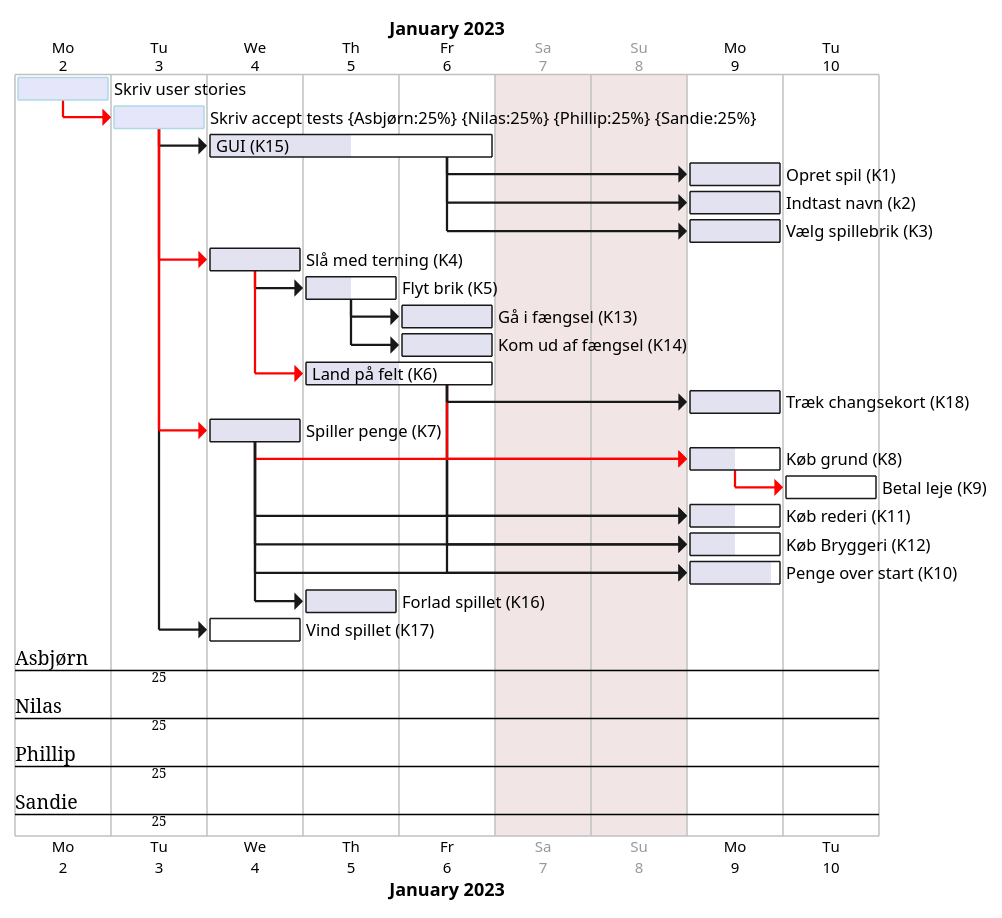
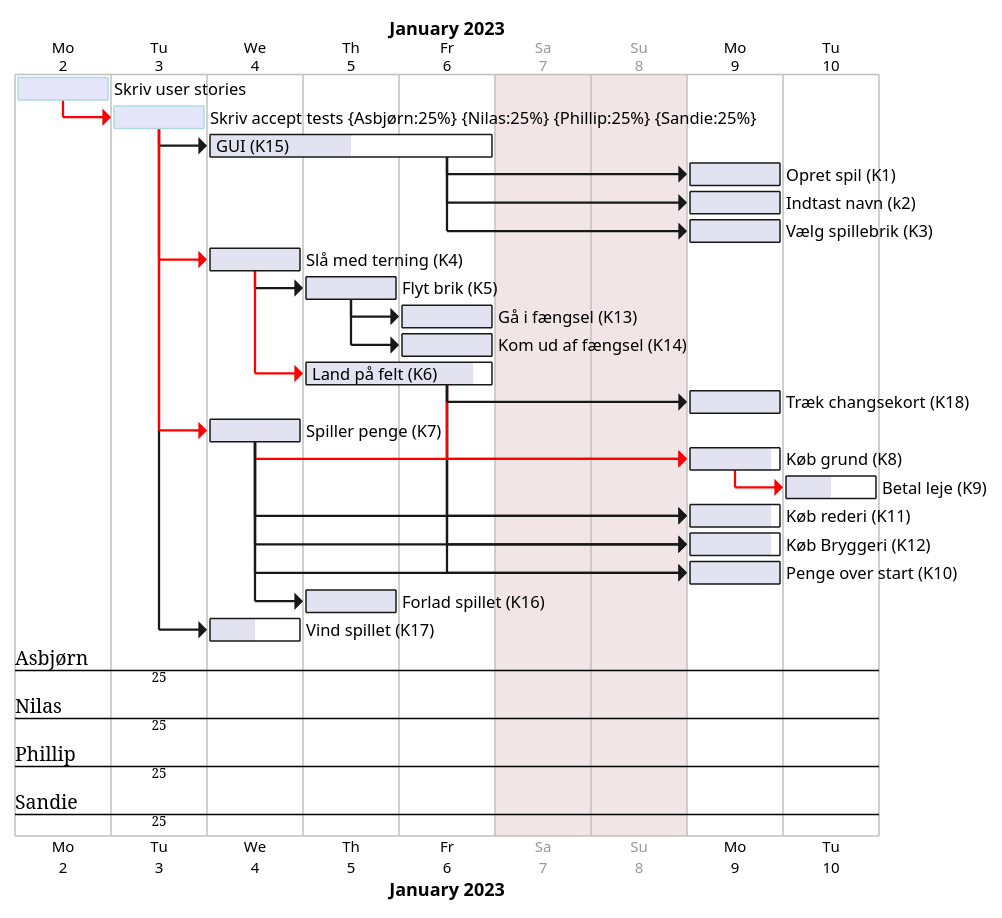
Before and after one commit to Gruppe-10-DTU/CDIO-FINAL: the diagram in src/main/resources/Diagrams/Gantt.puml, drawn with PlantUML.

Commit message:
Gantt updated 6.1.23

```diff
--- a/src/main/resources/Diagrams/Gantt.puml
+++ b/src/main/resources/Diagrams/Gantt.puml
@@ -1,114 +1,114 @@
 @startgantt
 printscale daily zoom 4
 saturday are closed
 sunday are closed
 
 Project starts the 2nd of january 2023
 
 [Skriv user stories] as [TASK1] lasts 1 days
 [TASK1] is colored in Lavender/LightBlue
 [TASK1] is 100% complete
 
 [Skriv accept tests] as [TASK2] on {Asbjørn:25%} {Nilas:25%} {Phillip:25%} {Sandie:25%} lasts 1 days
 [TASK2] is colored in Lavender/LightBlue
 [TASK2] is 100% complete
 
 [GUI (K15)] as [K15] lasts 3 days
 [K15] is 50% complete
 
 [Opret spil (K1)] as [K1] lasts 1 days
 [K1] is 100% complete
 
 [Indtast navn (k2)] as [K2] lasts 1 days
 [K2] is 100% complete
 
 [Vælg spillebrik (K3)] as [K3] lasts 1 days
 [K3] is 100% complete
 
 
 
 [Slå med terning (K4)] as [K4] lasts 1 days
 [K4] is 100% complete
 
 [Flyt brik (K5)] as [K5] lasts 1 days
-[K5] is 50% complete
+[K5] is 100% complete
 
 
 
 [Gå i fængsel (K13)] as [K13] lasts 1 days
 [K13] is 100% complete
 
 [Kom ud af fængsel (K14)] as [K14] lasts 1 days
 [K14] is 100% complete
 
 [Land på felt (K6)] as [K6] lasts 2 days
-[K6] is 50% complete
+[K6] is 90% complete
 
 [Træk changsekort (K18)] as [K18] lasts 1 days
 [K18] is 100% complete
 
 [Spiller penge (K7)] as [K7] lasts 1 days
 [K7] is 100% complete
 
 [Køb grund (K8)] as [K8] lasts 1 days
-[K8] is 50% complete
+[K8] is 90% complete
 
 
 [Betal leje (K9)] as [K9] lasts 1 days
-[K9] is 0% complete
+[K9] is 50% complete
 
 [Køb rederi (K11)] as [K11] lasts 1 days
-[K11] is 50% complete
+[K11] is 90% complete
 
 [Køb Bryggeri (K12)] as [K12] lasts 1 days
-[K12] is 50% complete
+[K12] is 90% complete
 
 
 
 [Penge over start (K10)] as [K10] lasts 1 days
-[K10] is 90% complete
+[K10] is 100% complete
 
 
 
 
 [Forlad spillet (K16)] as [K16] lasts 1 days
 [K16] is 100% complete
 
 [Vind spillet (K17)] as [K17] lasts 1 days
-[K17] is 0% complete
+[K17] is 50% complete
 
 
 
 
 [TASK1]-[#FF0000]->[TASK2]
 [TASK2]->[K15]
 [TASK2]->[K17]
 
 [TASK2]-[#FF0000]->[K7]
 [TASK2]-[#FF0000]->[K4]
 
 [K15]->[K1]
 [K15]->[K2]
 [K15]->[K3]
 
 [K4]->[K5]
 [K4]-[#FF0000]->[K6]
 
 [K7]->[K11]
 [K6]->[K11]
 [K7]->[K12]
 [K6]->[K12]
 [K7]->[K10]
 [K6]->[K10]
 [K7]-[#FF0000]->[K8]
 [K6]-[#FF0000]->[K8]
 [K6]->[K18]
 
 [K7]->[K16]
 
 [K8]-[#FF0000]->[K9]
 
 [K5]->[K13]
 [K5]->[K14]
 
 @endgantt
```
